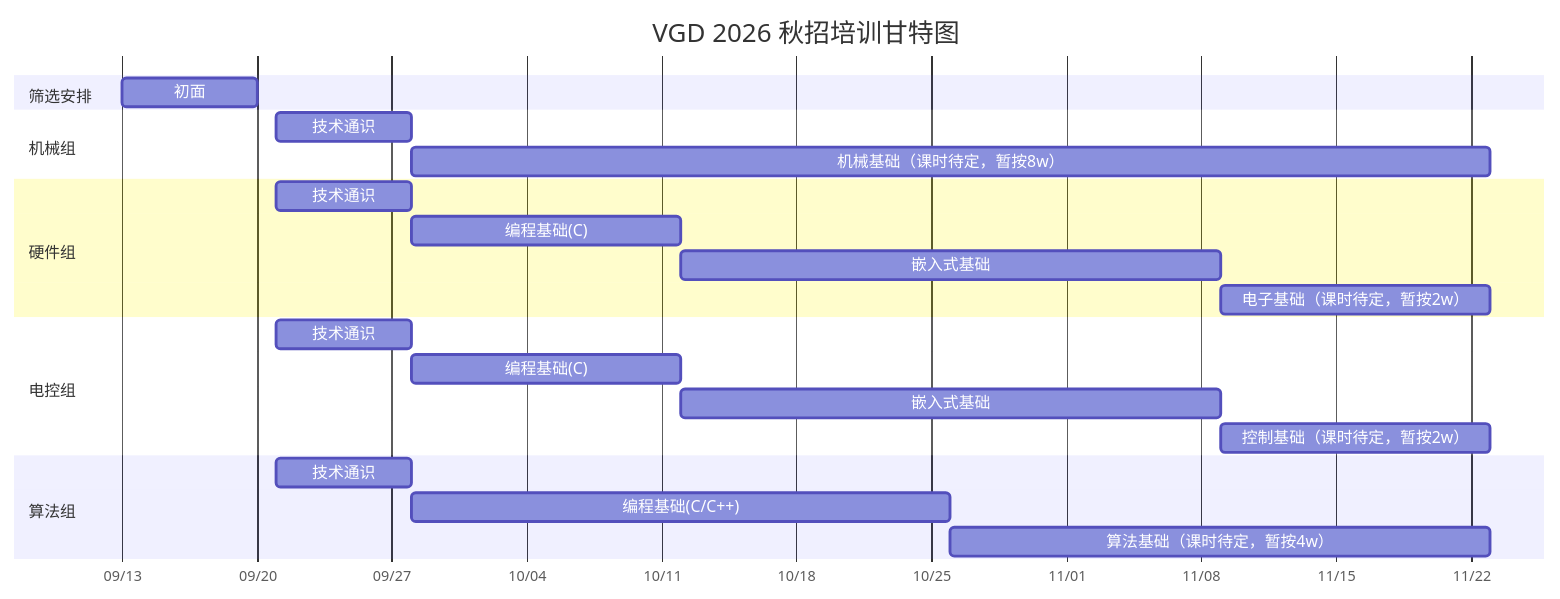
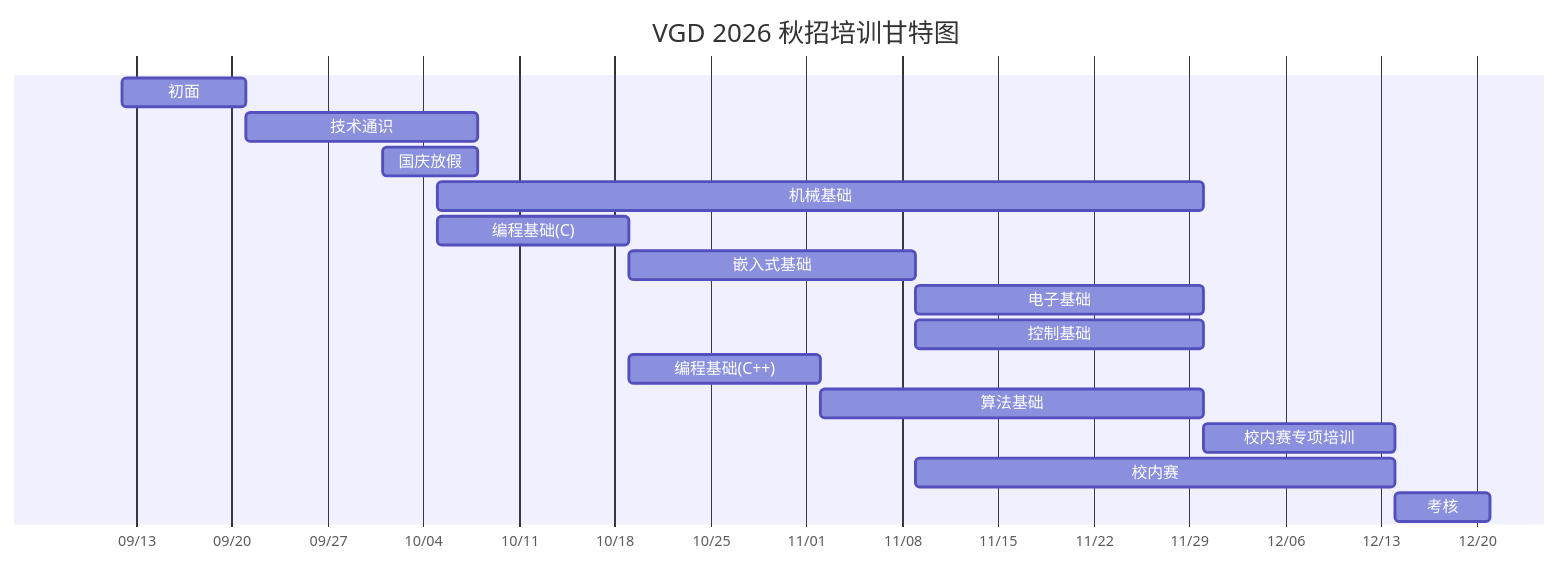
One commit to chuvgd/chuvgd-wiki changed the diagram in training.md. Above: the diagram before and after it, drawn with Mermaid. The commit also changed other lines of this file, not shown here.

Commit message:
docs: update training

````diff
--- a/training.md
+++ b/training.md
@@ -105,31 +105,21 @@
 ```mermaid
 gantt
     title VGD 2026 秋招培训甘特图
     dateFormat YYYY-MM-DD
     axisFormat %m/%d
-    todayMarker off
+    todayMarker on
 
-    section 筛选安排
-    初面 :2026-09-13, 1w
-
-    section 机械组
-    技术通识 :2026-09-21, 1w
-    机械基础（课时待定，暂按8w） :2026-09-28, 8w
-
-    section 硬件组
-    技术通识 :2026-09-21, 1w
-    编程基础(C) :2026-09-28, 2w
-    嵌入式基础 :2026-10-12, 4w
-    电子基础（课时待定，暂按2w） :2026-11-09, 2w
-
-    section 电控组
-    技术通识 :2026-09-21, 1w
-    编程基础(C) :2026-09-28, 2w
-    嵌入式基础 :2026-10-12, 4w
-    控制基础（课时待定，暂按2w） :2026-11-09, 2w
-
-    section 算法组
-    技术通识 :2026-09-21, 1w
-    编程基础(C/C++) :2026-09-28, 4w
-    算法基础（课时待定，暂按4w） :2026-10-26, 4w
+    初面: 2026-09-12, 9d
+    技术通识: 2026-09-21, 2026-10-08
+    国庆放假: 2026-10-1, 1w
+    机械基础: 2026-10-5, 8w
+    编程基础(C) :2026-10-05, 2w
+    嵌入式基础: 2026-10-19, 3w
+    电子基础: 2026-11-09, 3w
+    控制基础: 2026-11-09, 3w
+    编程基础(C++): 2026-10-19, 2w
+    算法基础: 2026-11-2, 4w
+    校内赛专项培训: 2026-11-30, 2w
+    校内赛: 2026-11-9, 5w
+    考核: 2026-12-14, 1w
 ```
````
